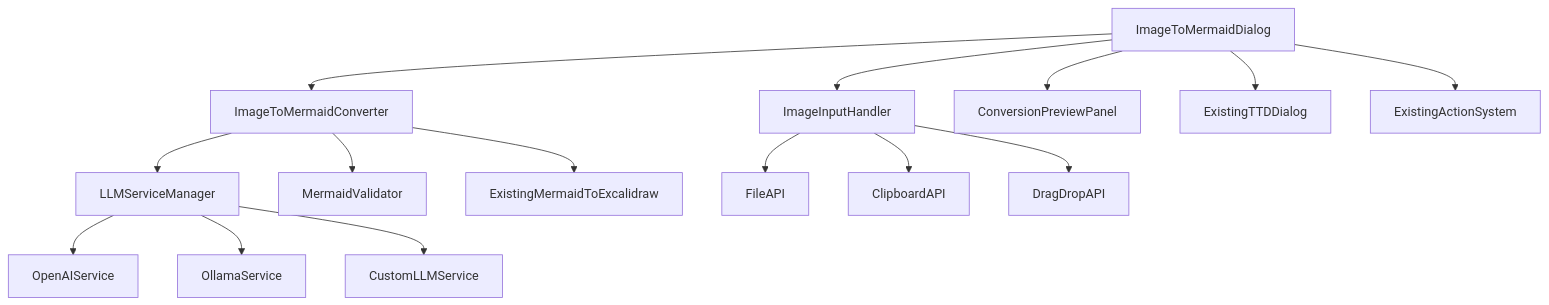
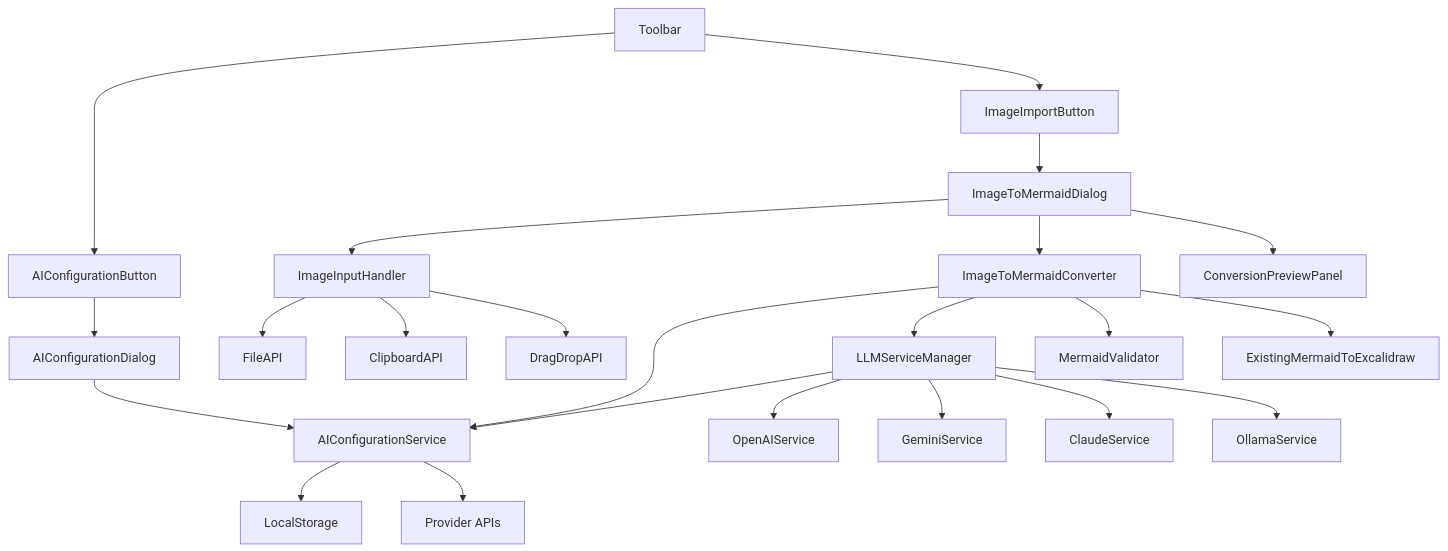
Before and after one commit to excalidraw/excalidraw: the diagram in aidlc-docs/inception/application-design/components.md, drawn with Mermaid. The commit also changed other lines of this file and 11 other files, not shown here.

````diff
--- a/aidlc-docs/inception/application-design/components.md
+++ b/aidlc-docs/inception/application-design/components.md
@@ -164,21 +217,31 @@
 ```mermaid
 graph TD
-    A[ImageToMermaidDialog] --> B[ImageInputHandler]
-    A --> C[ImageToMermaidConverter]
-    A --> D[ConversionPreviewPanel]
+    TB[Toolbar] --> ACB[AIConfigurationButton]
+    TB --> IIB[ImageImportButton]
     
-    C --> E[LLMServiceManager]
-    C --> F[MermaidValidator]
-    C --> G[ExistingMermaidToExcalidraw]
+    ACB --> ACD[AIConfigurationDialog]
+    IIB --> ITMD[ImageToMermaidDialog]
     
-    B --> H[FileAPI]
-    B --> I[ClipboardAPI]
-    B --> J[DragDropAPI]
+    ACD --> ACS[AIConfigurationService]
+    ACS --> LS[LocalStorage]
+    ACS --> PA[Provider APIs]
     
-    E --> K[OpenAIService]
-    E --> L[OllamaService]
-    E --> M[CustomLLMService]
+    ITMD --> IIH[ImageInputHandler]
+    ITMD --> ITMC[ImageToMermaidConverter]
+    ITMD --> CPP[ConversionPreviewPanel]
     
-    A --> N[ExistingTTDDialog]
-    A --> O[ExistingActionSystem]
+    ITMC --> ACS
+    ITMC --> LLMS[LLMServiceManager]
+    ITMC --> MV[MermaidValidator]
+    ITMC --> ME[ExistingMermaidToExcalidraw]
+    
+    IIH --> FA[FileAPI]
+    IIH --> CA[ClipboardAPI]
+    IIH --> DDA[DragDropAPI]
+    
+    LLMS --> ACS
+    LLMS --> OAI[OpenAIService]
+    LLMS --> GEM[GeminiService]
+    LLMS --> CLA[ClaudeService]
+    LLMS --> OLL[OllamaService]
 ```
````
